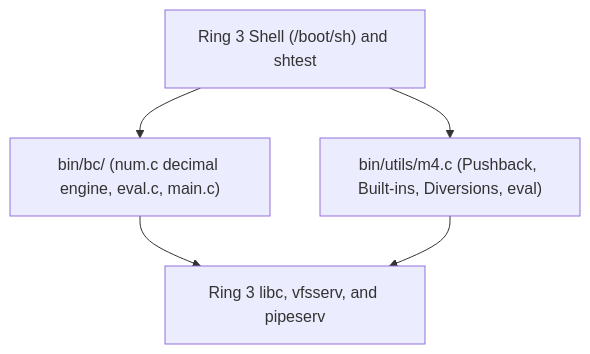
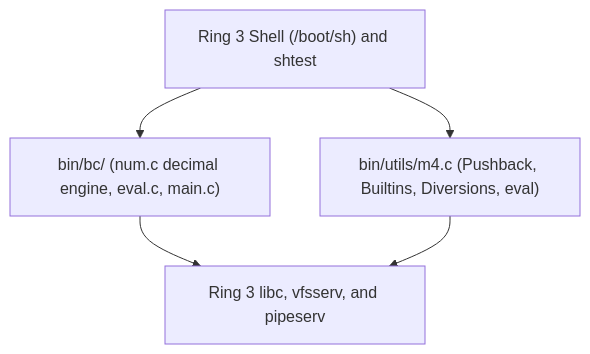
Before and after one commit to Deniz-Eren/microkernel: the diagram in docs/30-architecture/adr/ADR_0049.md, drawn with Mermaid. The commit also changed other lines of this file and 151 other files, not shown here.

````diff
--- a/docs/30-architecture/adr/ADR_0049.md
+++ b/docs/30-architecture/adr/ADR_0049.md
@@ -20,12 +19,12 @@
 ```mermaid
 flowchart TD
     SH["Ring 3 Shell (/boot/sh) and shtest"]
     BC["bin/bc/ (num.c decimal engine, eval.c, main.c)"]
-    M4["bin/utils/m4.c (Pushback, Built-ins, Diversions, eval)"]
+    M4["bin/utils/m4.c (Pushback, Builtins, Diversions, eval)"]
     LIB["Ring 3 libc, vfsserv, and pipeserv"]
 
     SH --> BC
     SH --> M4
     BC --> LIB
     M4 --> LIB
 ```
````
